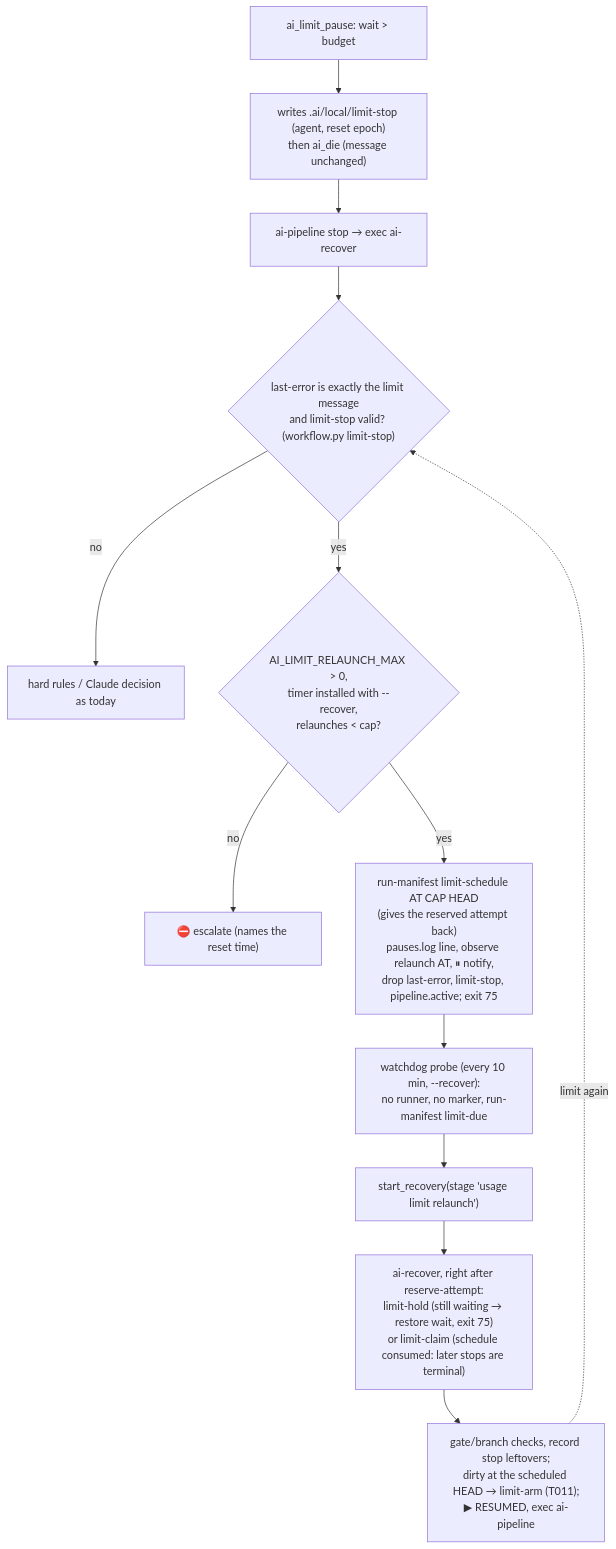
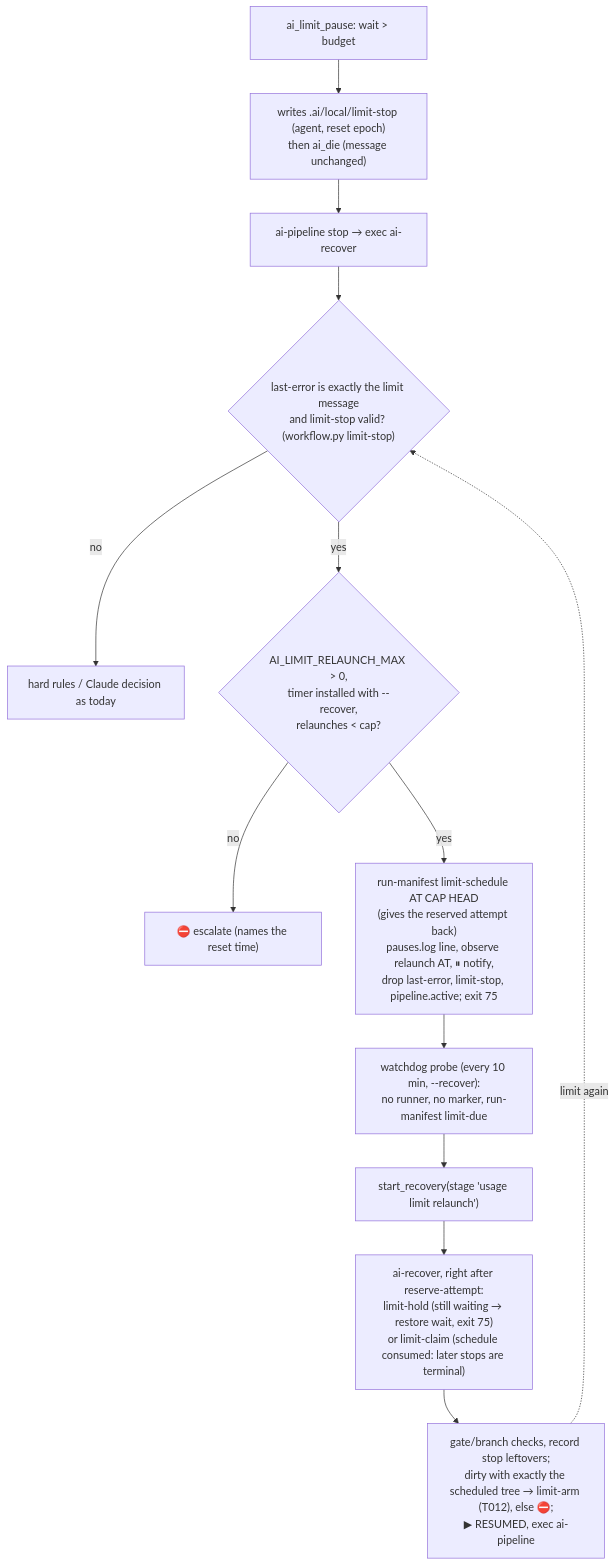
The diagram in .ai/current-plan.md (Muf454/agents), drawn with Mermaid before and after one commit. The commit also changed other lines of this file and 6 other files, not shown here.

````diff
--- a/.ai/current-plan.md
+++ b/.ai/current-plan.md
@@ -13,15 +13,15 @@
 ```mermaid
 flowchart TD
   pause["ai_limit_pause: wait > budget"] --> rec["writes .ai/local/limit-stop (agent, reset epoch)<br/>then ai_die (message unchanged)"]
   rec --> stop["ai-pipeline stop → exec ai-recover"]
   stop --> only{"last-error is exactly the limit message<br/>and limit-stop valid? (workflow.py limit-stop)"}
   only -- no --> rules["hard rules / Claude decision as today"]
   only -- yes --> cap{"AI_LIMIT_RELAUNCH_MAX > 0,<br/>timer installed with --recover,<br/>relaunches < cap?"}
   cap -- no --> esc["⛔ escalate (names the reset time)"]
   cap -- yes --> sched["run-manifest limit-schedule AT CAP HEAD<br/>(gives the reserved attempt back)<br/>pauses.log line, observe relaunch AT, ⏸ notify,<br/>drop last-error, limit-stop, pipeline.active; exit 75"]
   sched --> probe["watchdog probe (every 10 min, --recover):<br/>no runner, no marker, run-manifest limit-due"]
   probe --> launch["start_recovery(stage 'usage limit relaunch')"]
   launch --> claim["ai-recover, right after reserve-attempt:<br/>limit-hold (still waiting → restore wait, exit 75)<br/>or limit-claim (schedule consumed: later stops are terminal)"]
-  claim --> due["gate/branch checks, record stop leftovers;<br/>dirty at the scheduled HEAD → limit-arm (T011);<br/>▶ RESUMED, exec ai-pipeline"]
+  claim --> due["gate/branch checks, record stop leftovers;<br/>dirty with exactly the scheduled tree → limit-arm (T012), else ⛔;<br/>▶ RESUMED, exec ai-pipeline"]
   due -. "limit again" .-> only
 ```
````
